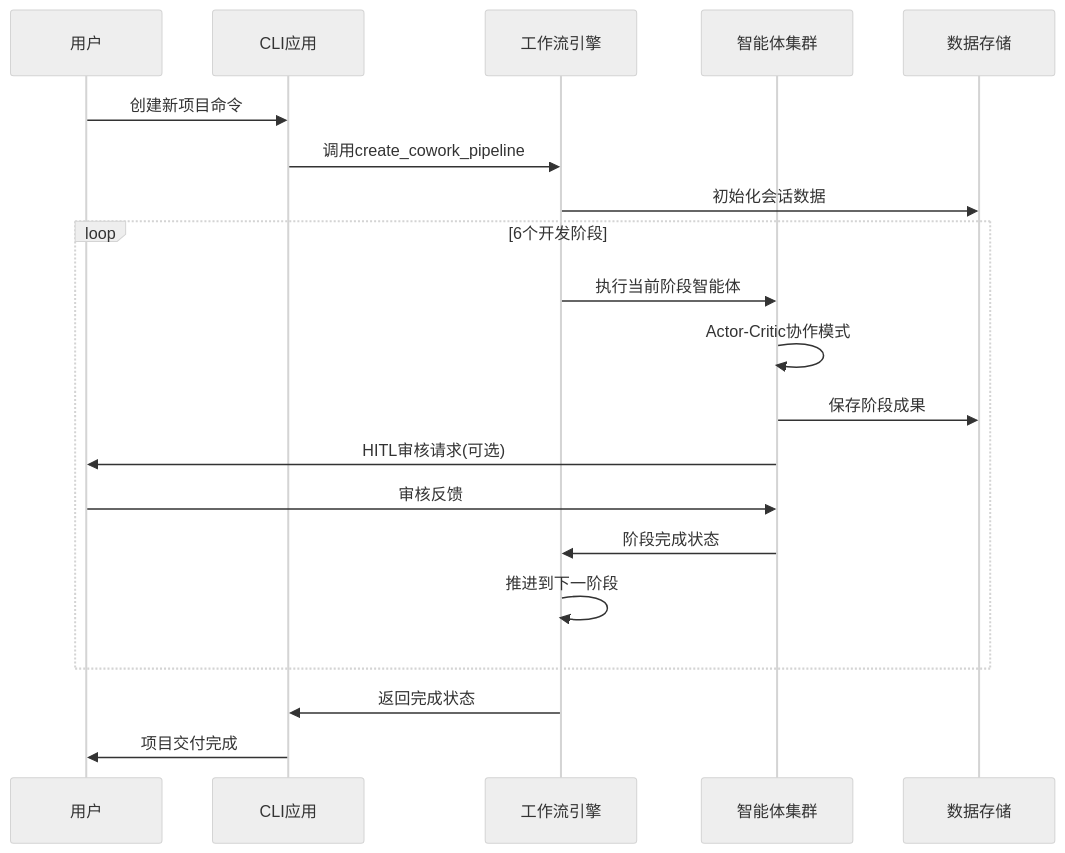
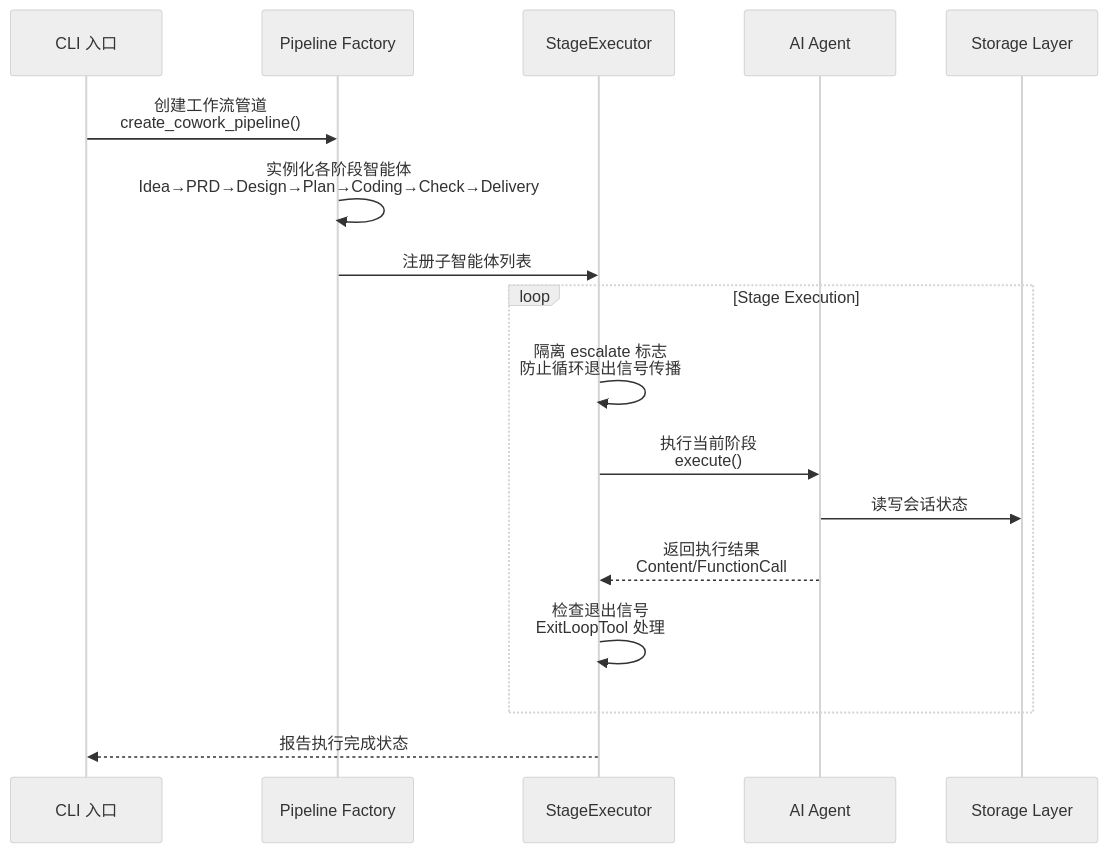
The sixth of 13 diagrams in litho.docs/zh/3、工作流程.md (sopaco/cowork-forge), drawn with Mermaid (neutral theme) before and after one commit. The commit also changed other lines of this file and 27 other files, not shown here.

````diff
--- a/litho.docs/zh/3、工作流程.md
+++ b/litho.docs/zh/3、工作流程.md
@@ -50,25 +298,22 @@
 ```mermaid
 sequenceDiagram
-    participant U as 用户
-    participant CLI as CLI应用
-    participant WF as 工作流引擎
-    participant Agents as 智能体集群
-    participant Storage as 数据存储
+    participant CLI as CLI 入口
+    participant PF as Pipeline Factory
+    participant SE as StageExecutor
+    participant Agent as AI Agent
+    participant Store as Storage Layer
+
+    CLI->>PF: 创建工作流管道<br/>create_cowork_pipeline()
+    PF->>PF: 实例化各阶段智能体<br/>Idea→PRD→Design→Plan→Coding→Check→Delivery
     
-    U->>CLI: 创建新项目命令
-    CLI->>WF: 调用create_cowork_pipeline
-    WF->>Storage: 初始化会话数据
-    
-    loop 6个开发阶段
-        WF->>Agents: 执行当前阶段智能体
-        Agents->>Agents: Actor-Critic协作模式
-        Agents->>Storage: 保存阶段成果
-        Agents->>U: HITL审核请求(可选)
-        U->>Agents: 审核反馈
-        Agents->>WF: 阶段完成状态
-        WF->>WF: 推进到下一阶段
+    PF->>SE: 注册子智能体列表
+    loop Stage Execution
+        SE->>SE: 隔离 escalate 标志<br/>防止循环退出信号传播
+        SE->>Agent: 执行当前阶段<br/>execute()
+        Agent->>Store: 读写会话状态
+        Agent-->>SE: 返回执行结果<br/>Content/FunctionCall
+        SE->>SE: 检查退出信号<br/>ExitLoopTool 处理
     end
     
-    WF->>CLI: 返回完成状态
-    CLI->>U: 项目交付完成
+    SE-->>CLI: 报告执行完成状态
 ```
````
